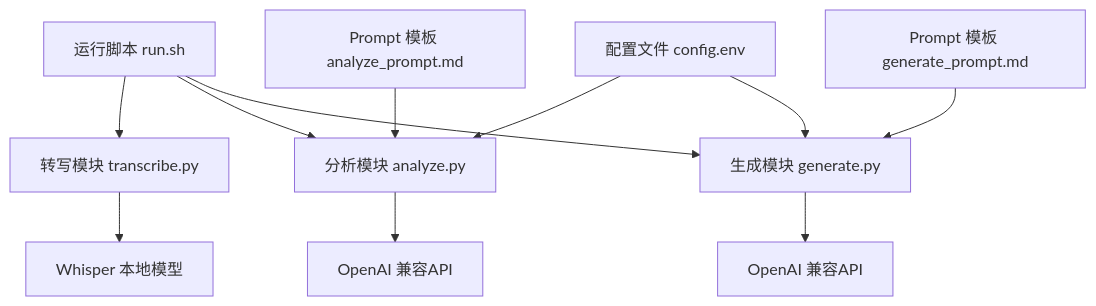
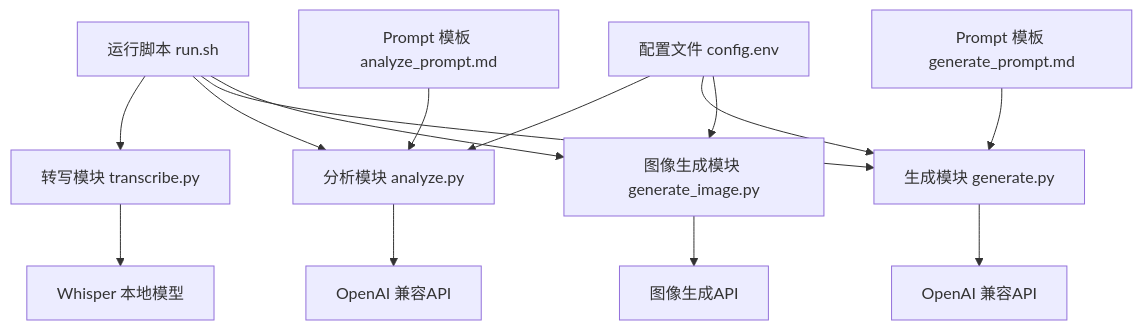
Before and after one commit to WongMingJiu/landingpage-test-hero-page: the first of 7 diagrams in .qoder/repowiki/zh/content/配置和定制/API配置.md, drawn with Mermaid. The commit also changed other lines of this file and 6 other files, not shown here.

First line of the commit message:
feat: 品牌logo固定素材 + 双参考图生图 + 输出平铺结构

````diff
--- a/.qoder/repowiki/zh/content/配置和定制/API配置.md
+++ b/.qoder/repowiki/zh/content/配置和定制/API配置.md
@@ -48,13 +48,16 @@
 ```mermaid
 graph TB
 A["运行脚本 run.sh"] --> B["转写模块 transcribe.py"]
 A --> C["分析模块 analyze.py"]
 A --> D["生成模块 generate.py"]
-B --> E["Whisper 本地模型"]
-C --> F["OpenAI 兼容API"]
-D --> G["OpenAI 兼容API"]
-H["配置文件 config.env"] --> C
-H --> D
-I["Prompt 模板 analyze_prompt.md"] --> C
-J["Prompt 模板 generate_prompt.md"] --> D
+A --> E["图像生成模块 generate_image.py"]
+B --> F["Whisper 本地模型"]
+C --> G["OpenAI 兼容API"]
+D --> H["OpenAI 兼容API"]
+E --> I["图像生成API"]
+J["配置文件 config.env"] --> C
+J --> D
+J --> E
+K["Prompt 模板 analyze_prompt.md"] --> C
+L["Prompt 模板 generate_prompt.md"] --> D
 ```
````
